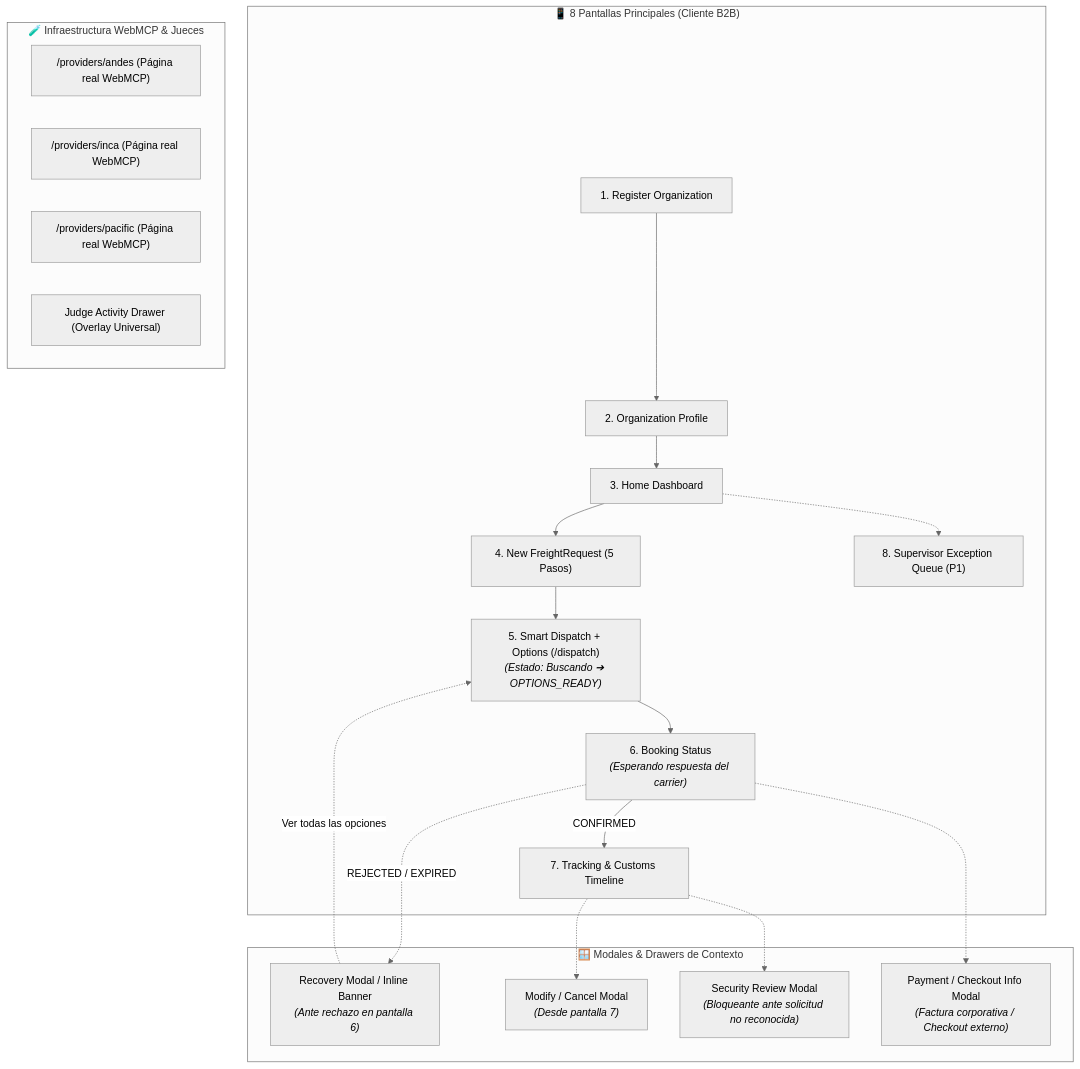
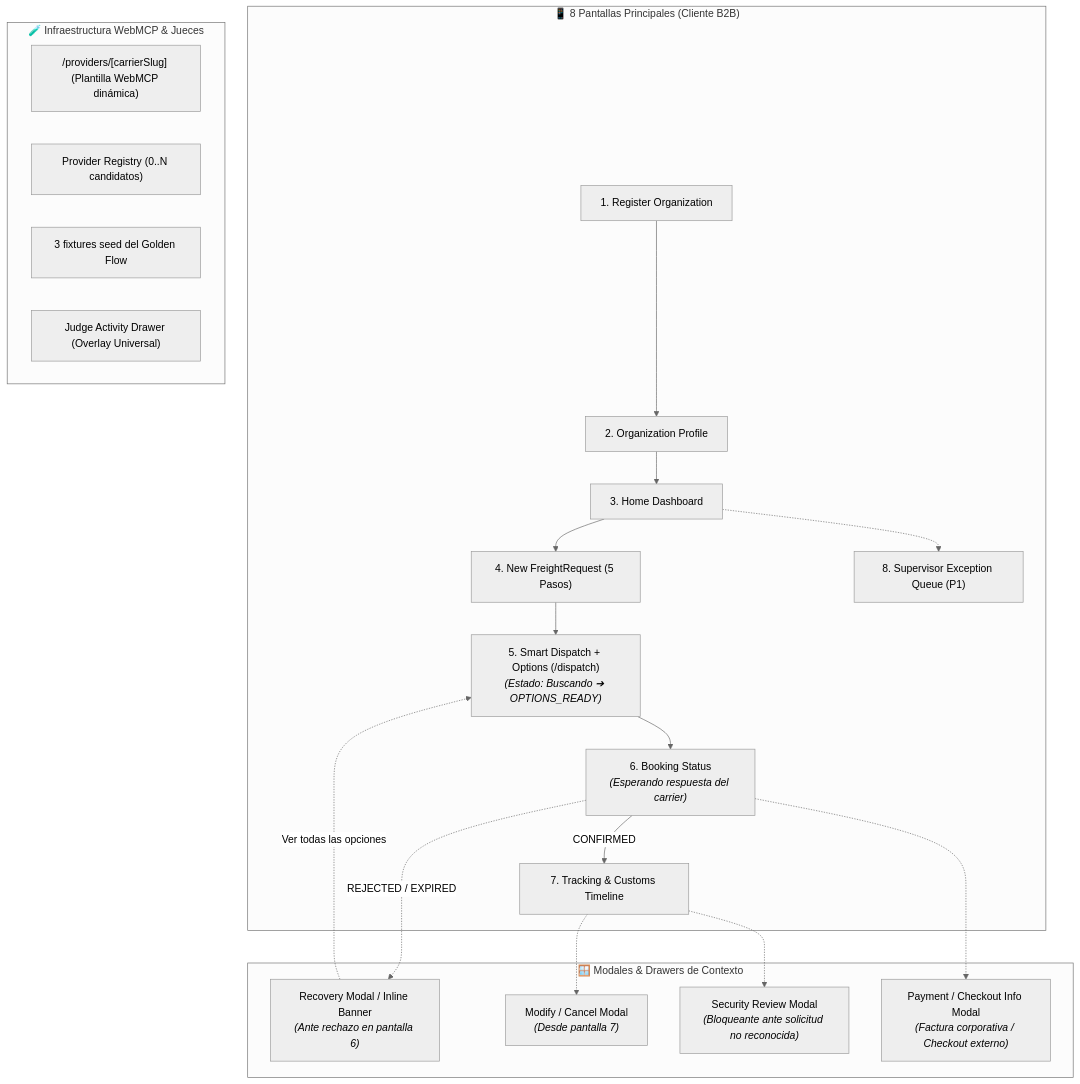
One commit to Chujutak2024/cargomesh changed the diagram in docs/03-ux-ui/CargoMesh_Mockups_Requeridos.md. Above: the diagram before and after it, drawn with Mermaid (neutral theme). The commit also changed other lines of this file and 8 other files, not shown here.

Commit message:
docs: align CargoMesh with dynamic provider registry

````diff
--- a/docs/03-ux-ui/CargoMesh_Mockups_Requeridos.md
+++ b/docs/03-ux-ui/CargoMesh_Mockups_Requeridos.md
@@ -17,32 +17,32 @@
 ```mermaid
 graph TD
     subgraph ClientPages ["📱 8 Pantallas Principales (Cliente B2B)"]
         P1["1. Register Organization"] --> P2["2. Organization Profile"]
         P2 --> P3["3. Home Dashboard"]
         P3 --> P4["4. New FreightRequest (5 Pasos)"]
         P4 --> P5["5. Smart Dispatch + Options (/dispatch)<br><i>(Estado: Buscando ➔ OPTIONS_READY)</i>"]
         P5 --> P6["6. Booking Status<br><i>(Esperando respuesta del carrier)</i>"]
         P6 -->|CONFIRMED| P7["7. Tracking & Customs Timeline"]
         P3 -.-> P8["8. Supervisor Exception Queue (P1)"]
     end
 
     subgraph Modals ["🪟 Modales & Drawers de Contexto"]
         M1["Recovery Modal / Inline Banner<br><i>(Ante rechazo en pantalla 6)</i>"]
         M2["Modify / Cancel Modal<br><i>(Desde pantalla 7)</i>"]
         M3["Security Review Modal<br><i>(Bloqueante ante solicitud no reconocida)</i>"]
         M4["Payment / Checkout Info Modal<br><i>(Factura corporativa / Checkout externo)</i>"]
     end
 
     subgraph Technical ["🧪 Infraestructura WebMCP & Jueces"]
-        T1["/providers/andes (Página real WebMCP)"]
-        T2["/providers/inca (Página real WebMCP)"]
-        T3["/providers/pacific (Página real WebMCP)"]
+        T1["/providers/[carrierSlug] (Plantilla WebMCP dinámica)"]
+        T2["Provider Registry (0..N candidatos)"]
+        T3["3 fixtures seed del Golden Flow"]
         T4["Judge Activity Drawer (Overlay Universal)"]
     end
 
     P6 -.->|REJECTED / EXPIRED| M1
     M1 -.->|Ver todas las opciones| P5
     P7 -.-> M2
     P7 -.-> M3
     P6 -.-> M4
 ```
````
